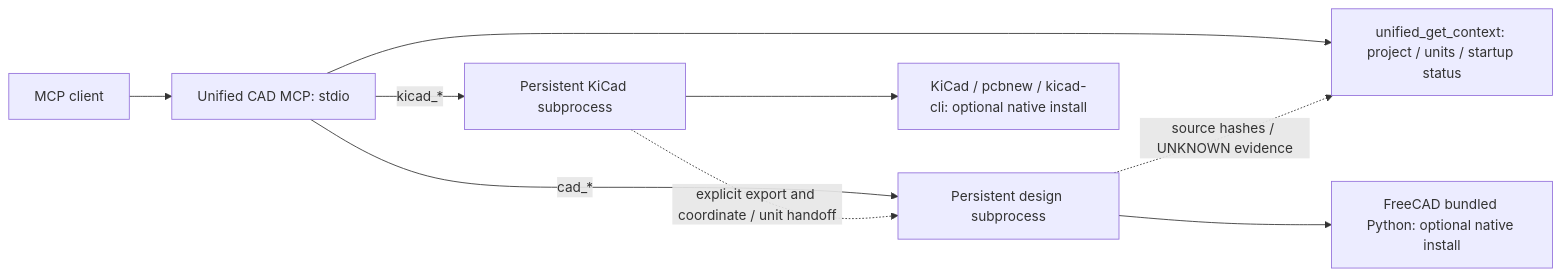
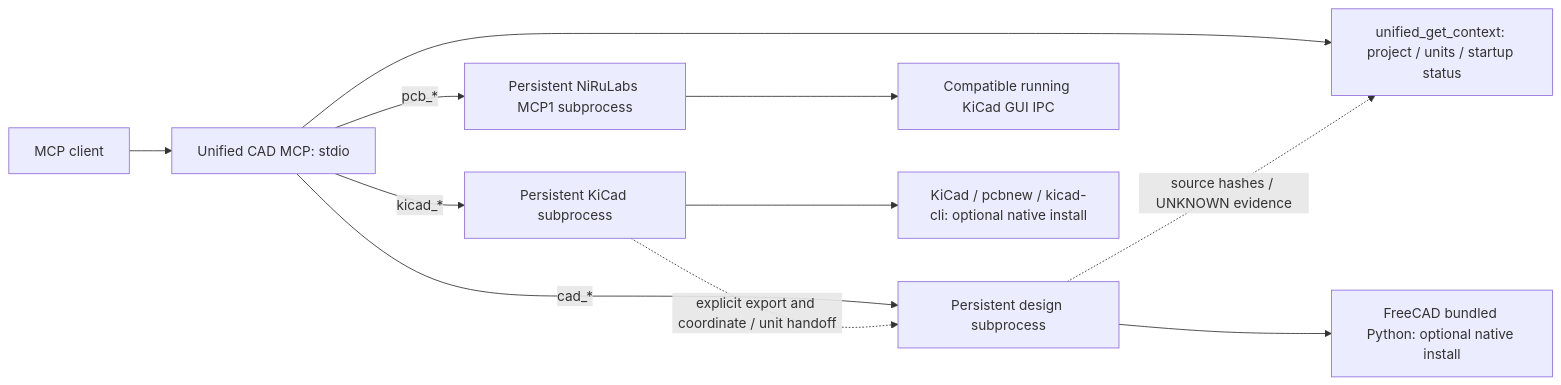
One commit to SolutionsAsService/unified-CAD-MCP changed the diagram in README.md. Above: the diagram before and after it, drawn with Mermaid. The commit also changed other lines of this file and 18 other files, not shown here.

Commit message:
Integrate pinned NiRuLabs PCB backend with exhaustive capability coverage

```diff
--- a/README.md
+++ b/README.md
@@ -21,11 +22,13 @@
 ~~~mermaid
 flowchart LR
   Agent[MCP client] --> Unified[Unified CAD MCP: stdio]
   Unified --> Context[unified_get_context: project / units / startup status]
   Unified -->|kicad_*| K[Persistent KiCad subprocess]
   Unified -->|cad_*| C[Persistent design subprocess]
+  Unified -->|pcb_*| P[Persistent NiRuLabs MCP1 subprocess]
+  P --> G[Compatible running KiCad GUI IPC]
   K --> E[KiCad / pcbnew / kicad-cli: optional native install]
   C --> F[FreeCAD bundled Python: optional native install]
   K -. explicit export and coordinate / unit handoff .-> C
   C -. source hashes / UNKNOWN evidence .-> Context
 ~~~
```
